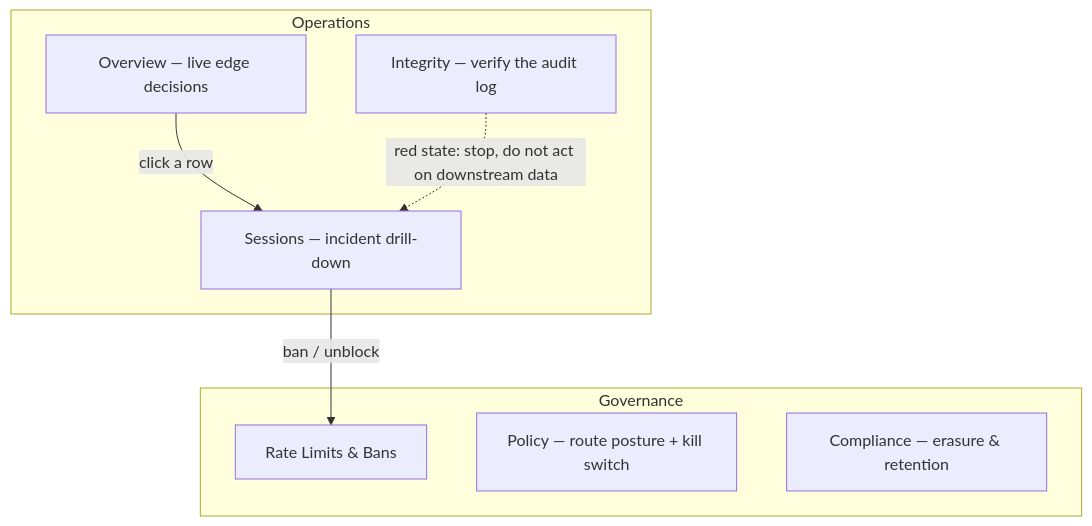
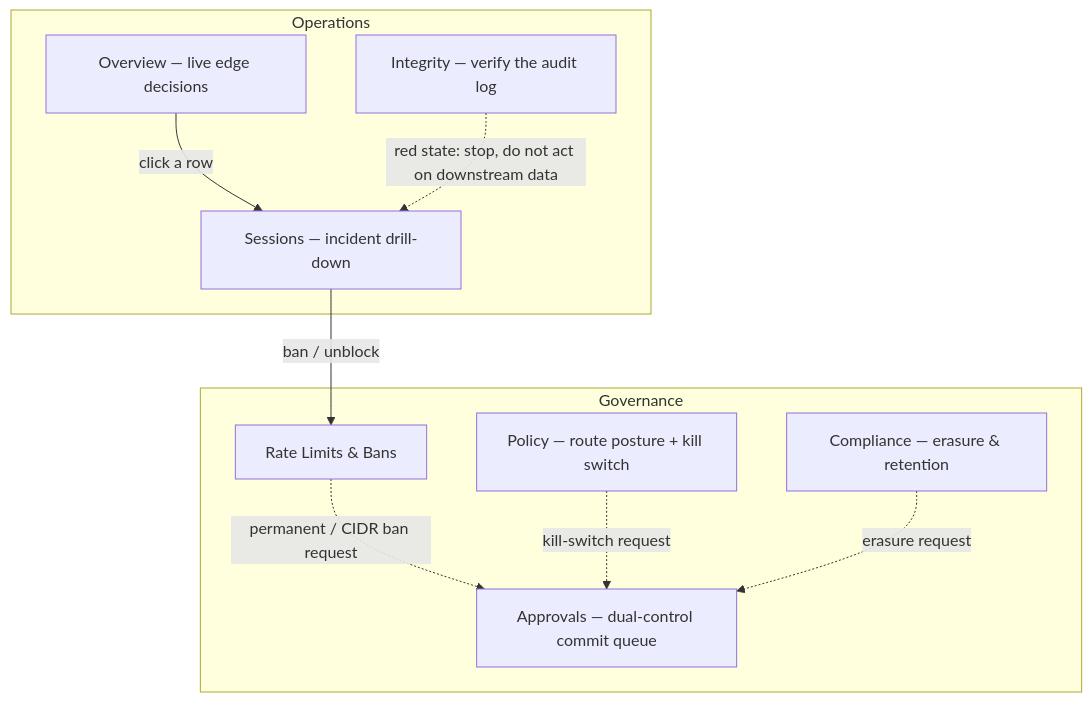
Before and after one commit to modootoday/humanymous: the diagram in docs/how-to/audit-console-tour.md, drawn with Mermaid. The commit also changed other lines of this file and 49 other files, not shown here.

````diff
--- a/docs/how-to/audit-console-tour.md
+++ b/docs/how-to/audit-console-tour.md
@@ -37,16 +37,20 @@
 ```mermaid
 flowchart TD
   subgraph Ops["Operations"]
     OV["Overview — live edge decisions"]
     IN["Integrity — verify the audit log"]
     SE["Sessions — incident drill-down"]
   end
   subgraph Gov["Governance"]
     RB["Rate Limits & Bans"]
     PO["Policy — route posture + kill switch"]
     CO["Compliance — erasure & retention"]
+    AP["Approvals — dual-control commit queue"]
   end
   OV -->|"click a row"| SE
   SE -->|"ban / unblock"| RB
   IN -.->|"red state: stop, do not act on downstream data"| SE
+  RB -.->|"permanent / CIDR ban request"| AP
+  PO -.->|"kill-switch request"| AP
+  CO -.->|"erasure request"| AP
 ```
````
